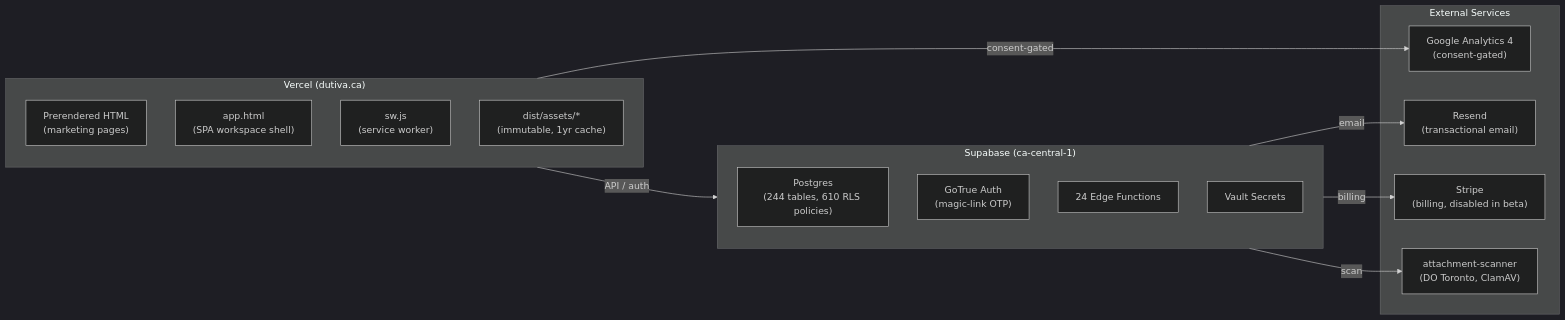
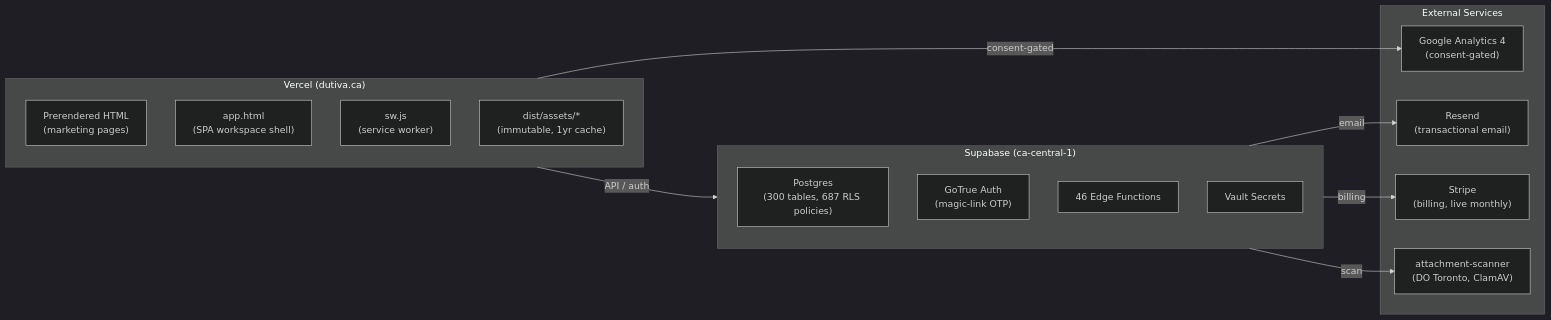
One commit to Dutiva-Canada/Dutiva_Web changed the third of 3 diagrams in docs/wiki/Infrastructure-CICD.md. Above: the diagram before and after it, drawn with Mermaid (dark theme). The commit also changed other lines of this file and 107 other files, not shown here.

````diff
--- a/docs/wiki/Infrastructure-CICD.md
+++ b/docs/wiki/Infrastructure-CICD.md
@@ -142,31 +142,31 @@
 ```mermaid
 flowchart LR
     subgraph Vercel["Vercel (dutiva.ca)"]
         direction TB
         Static["Prerendered HTML\n(marketing pages)"]
         AppShell["app.html\n(SPA workspace shell)"]
         SW["sw.js\n(service worker)"]
         Assets["dist/assets/*\n(immutable, 1yr cache)"]
     end
 
     subgraph SupabaseProject["Supabase (ca-central-1)"]
         direction TB
-        DB["Postgres\n(244 tables, 610 RLS policies)"]
+        DB["Postgres\n(300 tables, 687 RLS policies)"]
         Auth["GoTrue Auth\n(magic-link OTP)"]
-        EdgeFns["24 Edge Functions"]
+        EdgeFns["46 Edge Functions"]
         Vault["Vault Secrets"]
     end
 
     subgraph External["External Services"]
         Resend["Resend\n(transactional email)"]
-        Stripe["Stripe\n(billing, disabled in beta)"]
+        Stripe["Stripe\n(billing, live monthly)"]
         GA4["Google Analytics 4\n(consent-gated)"]
         ClamAV["attachment-scanner\n(DO Toronto, ClamAV)"]
     end
 
     Vercel -->|"API / auth"| SupabaseProject
     EdgeFns -->|"email"| Resend
     EdgeFns -->|"billing"| Stripe
     EdgeFns -->|"scan"| ClamAV
     Vercel -->|"consent-gated"| GA4
 ```
````
